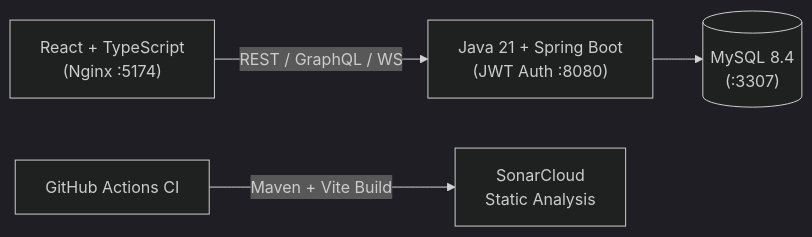
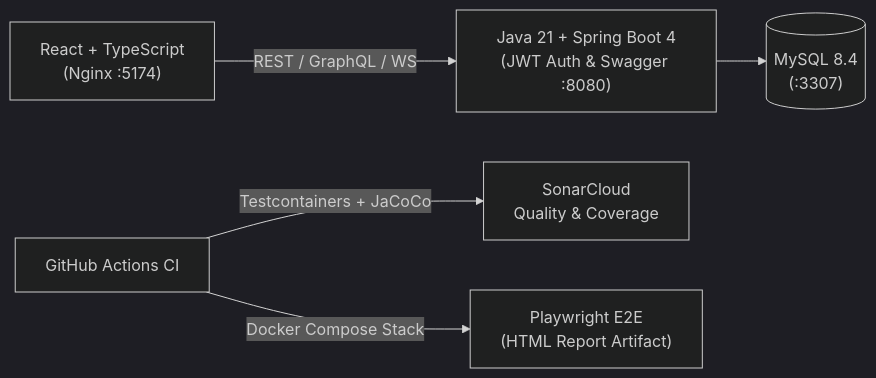
The diagram in README.md (mpecek2077/PASJava-Sonar), drawn with Mermaid (dark theme) before and after one commit. The commit also changed other lines of this file, not shown here.

Commit message:
Document architecture upgrade, test pyramid, and local setup in README

````diff
--- a/README.md
+++ b/README.md
@@ -9,6 +22,7 @@
 ```mermaid
 flowchart LR
-    UI["React + TypeScript<br/>(Nginx :5174)"] -->|REST / GraphQL / WS| API["Java 21 + Spring Boot<br/>(JWT Auth :8080)"]
+    UI["React + TypeScript<br/>(Nginx :5174)"] -->|REST / GraphQL / WS| API["Java 21 + Spring Boot 4<br/>(JWT Auth & Swagger :8080)"]
     API --> DB[("MySQL 8.4<br/>(:3307)")]
-    GH["GitHub Actions CI"] -->|Maven + Vite Build| SC["SonarCloud<br/>Static Analysis"]
+    GH["GitHub Actions CI"] -->|Testcontainers + JaCoCo| SC["SonarCloud<br/>Quality & Coverage"]
+    GH -->|Docker Compose Stack| PW["Playwright E2E<br/>(HTML Report Artifact)"]
 ```
````
